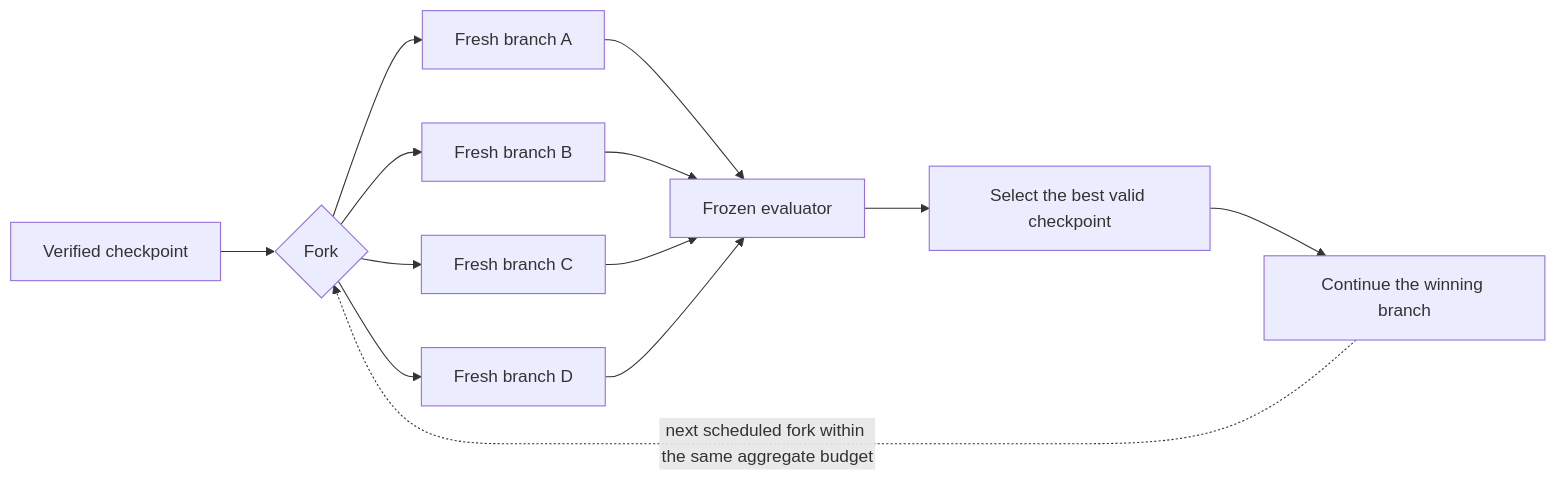
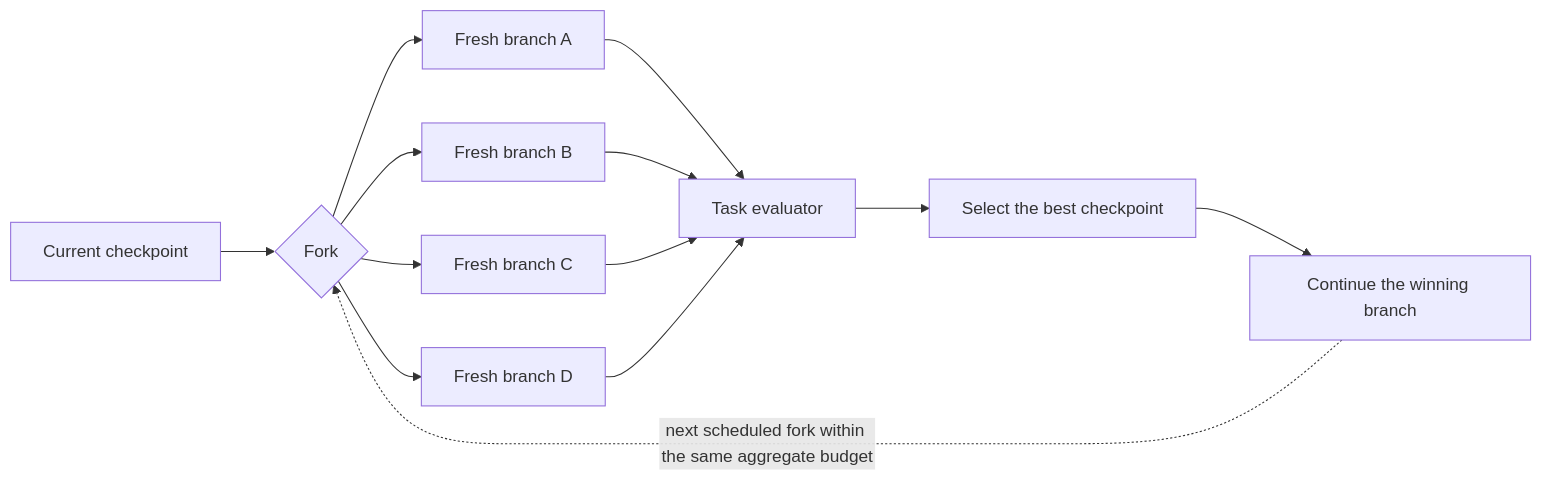
The diagram in README.md (YaroslavPelekhov/idea-basin-fork-and-flush), drawn with Mermaid before and after one commit. The commit also changed other lines of this file and 1 other file, not shown here.

Commit message:
docs: make public skill guide task-neutral

````diff
--- a/README.md
+++ b/README.md
@@ -23,15 +21,15 @@
 ```mermaid
 flowchart LR
-    C[Verified checkpoint] --> F{Fork}
+    C[Current checkpoint] --> F{Fork}
     F --> A[Fresh branch A]
     F --> B[Fresh branch B]
     F --> D[Fresh branch C]
     F --> G[Fresh branch D]
-    A --> E[Frozen evaluator]
+    A --> E[Task evaluator]
     B --> E
     D --> E
     G --> E
-    E --> S[Select the best valid checkpoint]
+    E --> S[Select the best checkpoint]
     S --> W[Continue the winning branch]
     W -. next scheduled fork within the same aggregate budget .-> F
 ```
````
